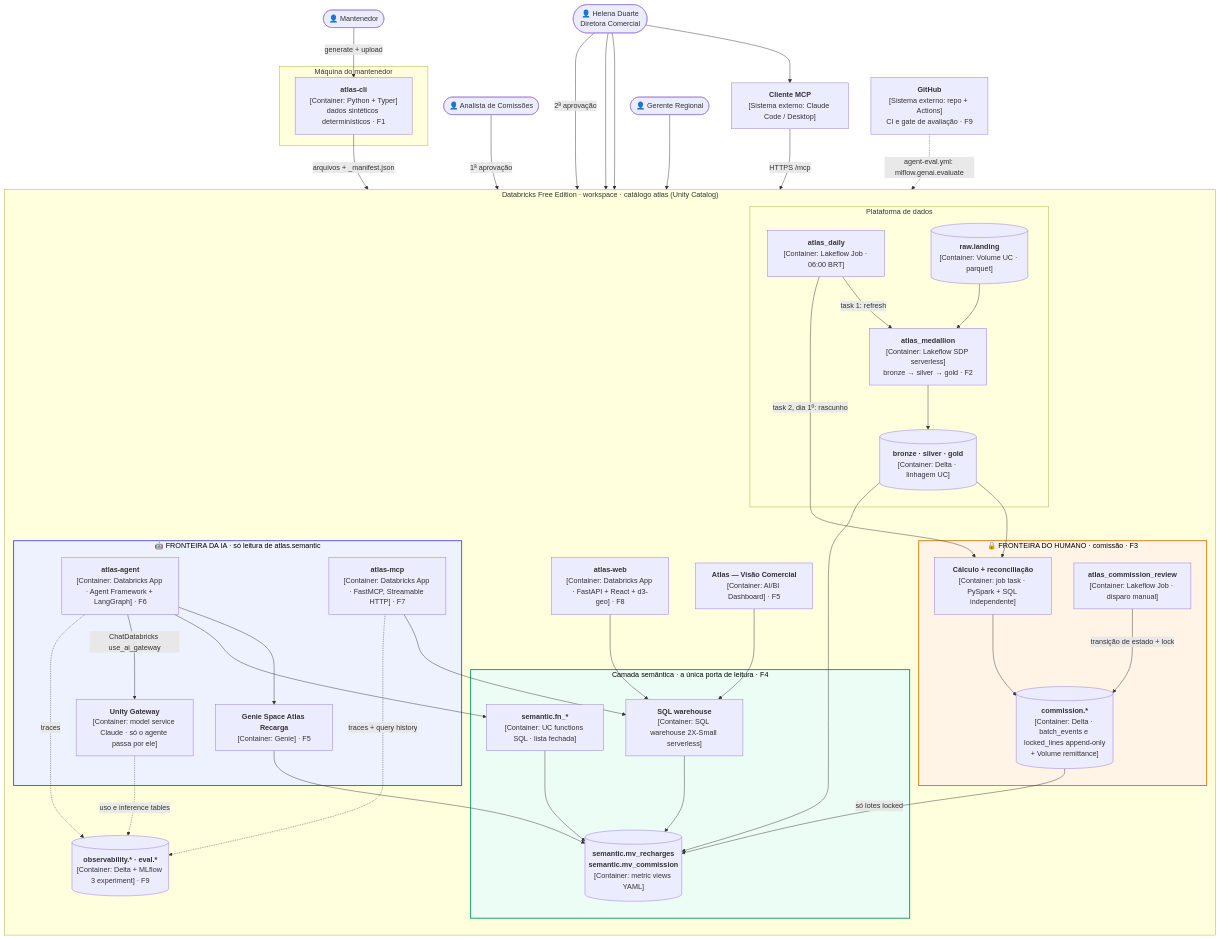
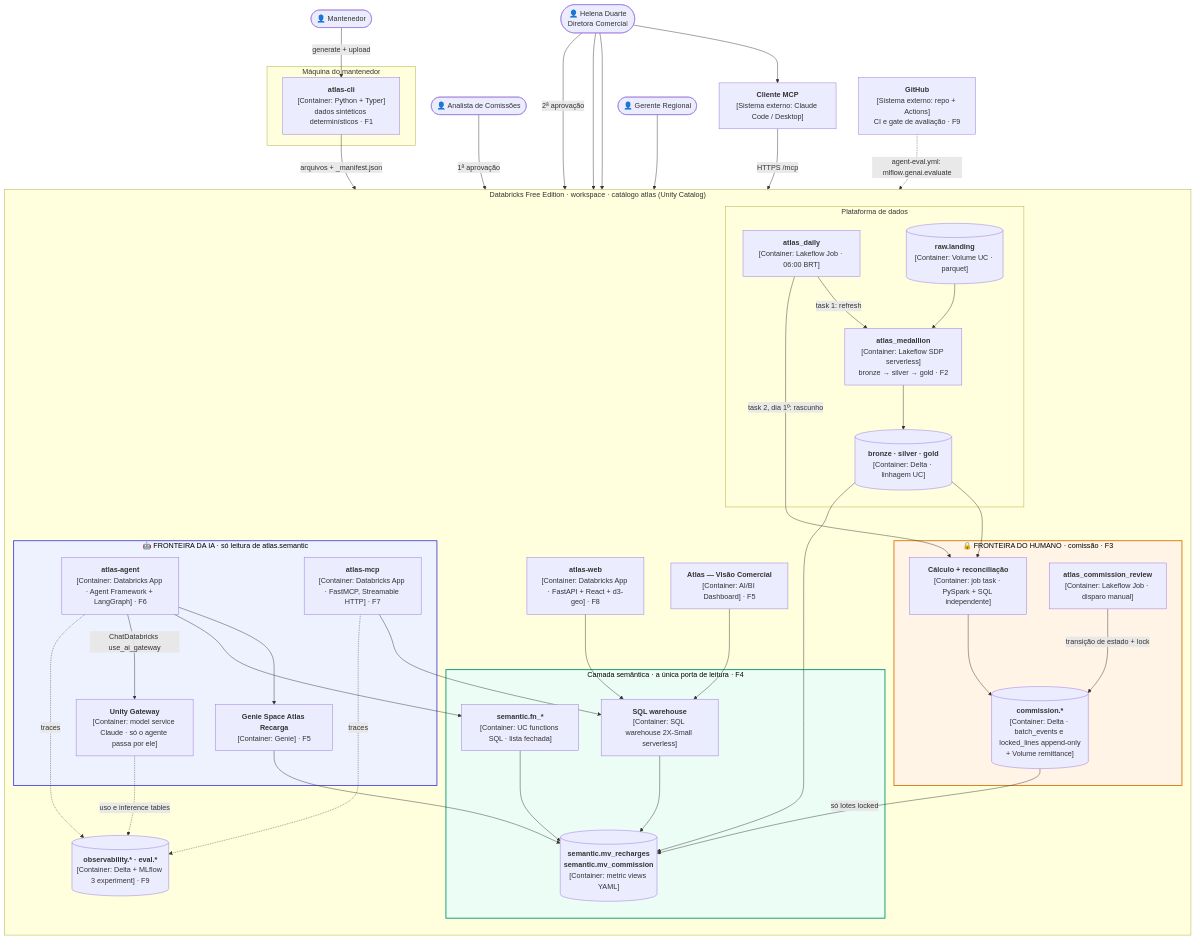
One commit to AndreFelippeVidal/atlas-recarga changed the first of 2 diagrams in docs/architecture.md. Above: the diagram before and after it, drawn with Mermaid. The commit also changed other lines of this file and 1 other file, not shown here.

First line of the commit message:
fix(architecture): failure rows only state what specs define

```diff
--- a/docs/architecture.md
+++ b/docs/architecture.md
@@ -88,7 +88,7 @@
     agent -->|"ChatDatabricks use_ai_gateway"| gateway
 
     agent -.->|"traces"| obs
-    mcp -.->|"traces + query history"| obs
+    mcp -.->|"traces"| obs
     gateway -.->|"uso e inference tables"| obs
     github -.->|"agent-eval.yml: mlflow.genai.evaluate"| agent
 
```
